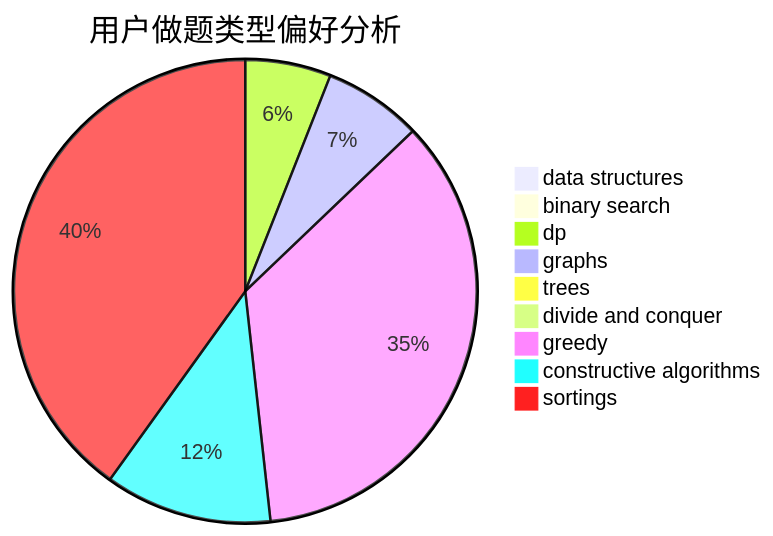
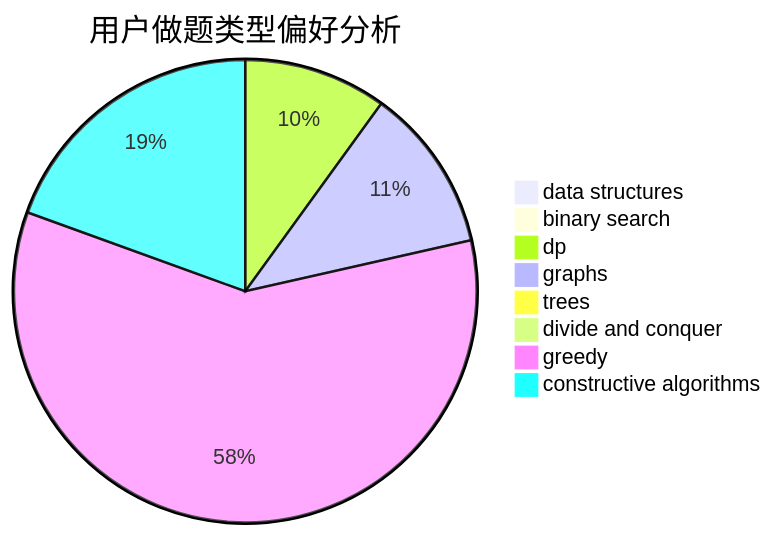
Before and after one commit to sherpahu/cfrs.github.io: the second of 3 diagrams in docs/user/u642.md, drawn with Mermaid. The commit also changed other lines of this file and 2769 other files, not shown here.

````diff
--- a/docs/user/u642.md
+++ b/docs/user/u642.md
@@ -18,12 +18,11 @@
 ```mermaid
 pie title 用户做题类型偏好分析
     "data structures" :  4
     "binary search" :  6
     "dp" :  60
     "graphs" :  69
     "trees" :  0
     "divide and conquer" :  0
     "greedy" :  355
     "constructive algorithms" :  117
-    "sortings" :  402
 ```
````
